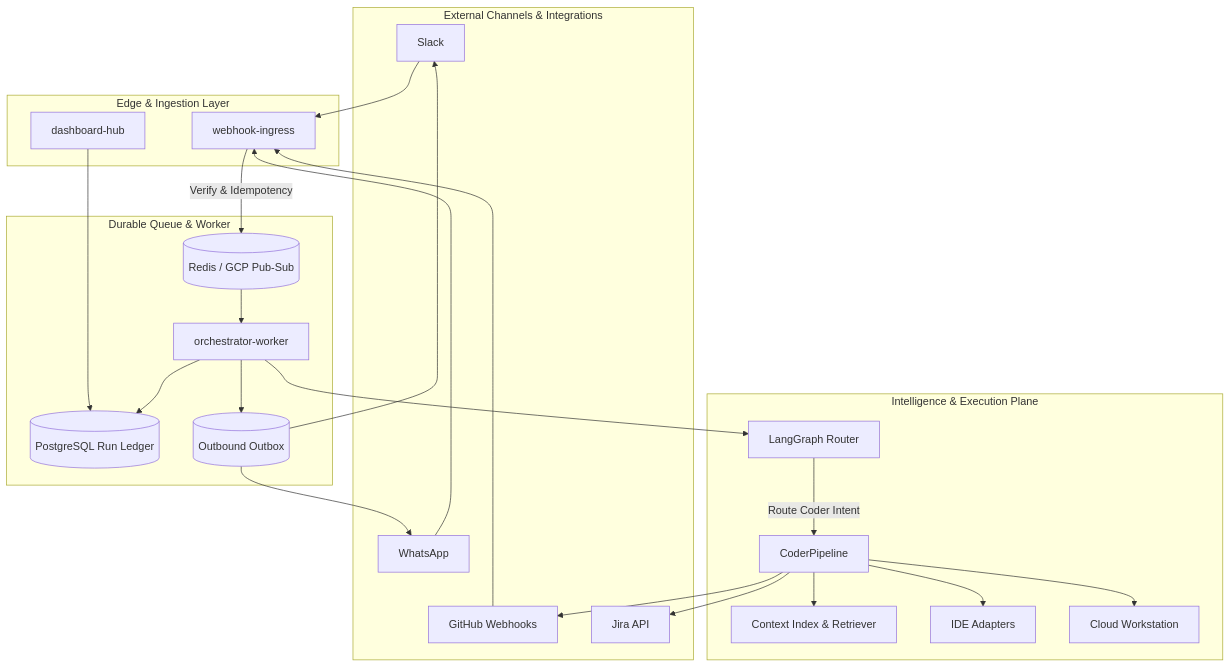
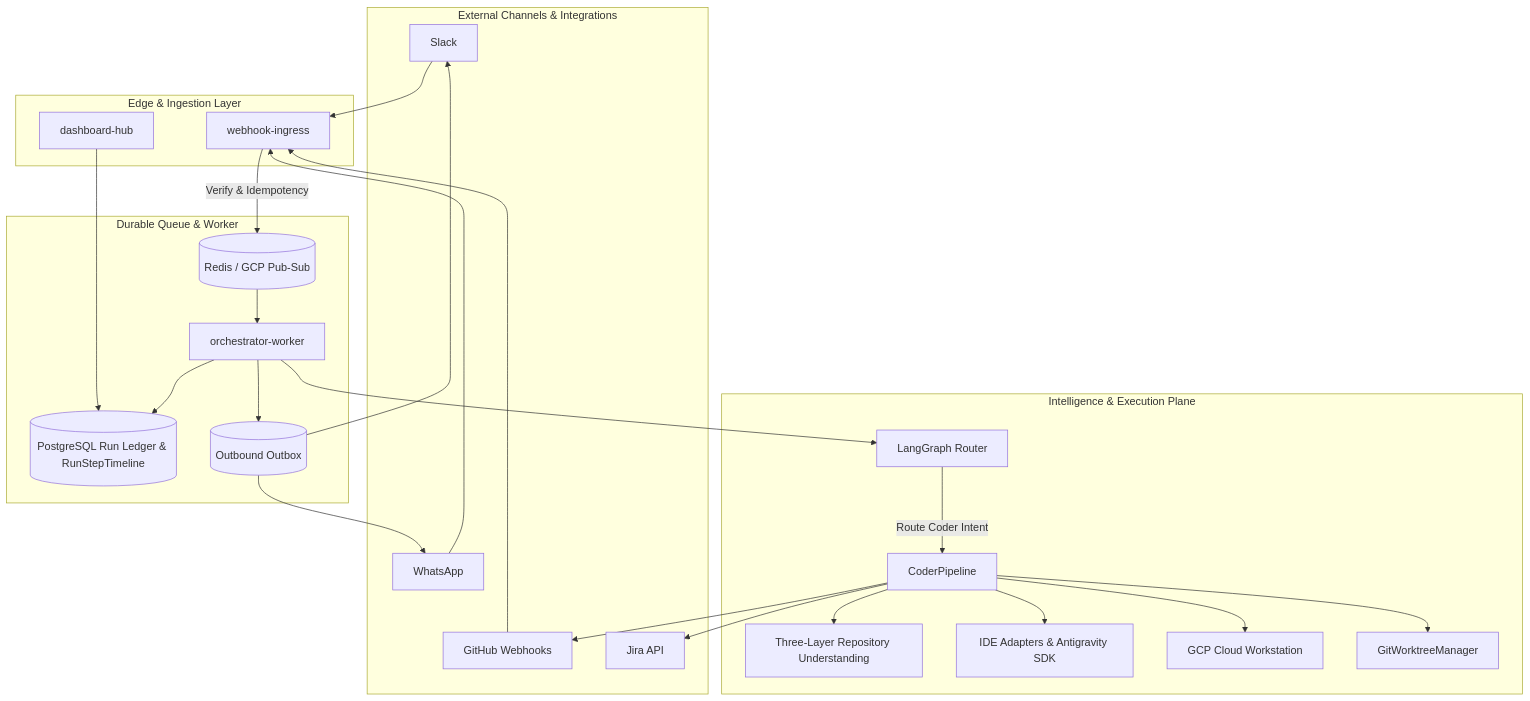
The diagram in README.md (bhav09/thekedar), drawn with Mermaid before and after one commit. The commit also changed other lines of this file, not shown here.

Commit message:
thekedar: update README and architecture with cloud-only details and no section breakers

````diff
--- a/README.md
+++ b/README.md
@@ -41,50 +35,52 @@
 ```mermaid
 flowchart TB
     subgraph external [External Channels & Integrations]
         Slack[Slack]
         WhatsApp[WhatsApp]
         GitHub[GitHub Webhooks]
         Jira[Jira API]
     end
 
     subgraph edge [Edge & Ingestion Layer]
         Ingress[webhook-ingress]
         Dashboard[dashboard-hub]
     end
 
     subgraph async [Durable Queue & Worker]
         Bus[(Redis / GCP Pub-Sub)]
         Worker[orchestrator-worker]
-        Ledger[(PostgreSQL Run Ledger)]
+        Ledger[(PostgreSQL Run Ledger & RunStepTimeline)]
         Outbox[(Outbound Outbox)]
     end
 
     subgraph intelligence [Intelligence & Execution Plane]
         Graph[LangGraph Router]
         Pipeline[CoderPipeline]
-        Context[Context Index & Retriever]
-        IDE[IDE Adapters]
-        WS[Cloud Workstation]
+        Context[Three-Layer Repository Understanding]
+        IDE[IDE Adapters & Antigravity SDK]
+        WS[GCP Cloud Workstation]
+        Worktree[GitWorktreeManager]
     end
 
     Slack --> Ingress
     WhatsApp --> Ingress
     GitHub --> Ingress
     Dashboard --> Ledger
 
     Ingress -->|Verify & Idempotency| Bus
     Bus --> Worker
     Worker --> Ledger
     Worker --> Graph
     
     Graph -->|Route Coder Intent| Pipeline
     Pipeline --> Context
     Pipeline --> IDE
     Pipeline --> WS
+    Pipeline --> Worktree
     Pipeline --> GitHub
     Pipeline --> Jira
     
     Worker --> Outbox
     Outbox --> Slack
     Outbox --> WhatsApp
 ```
````
